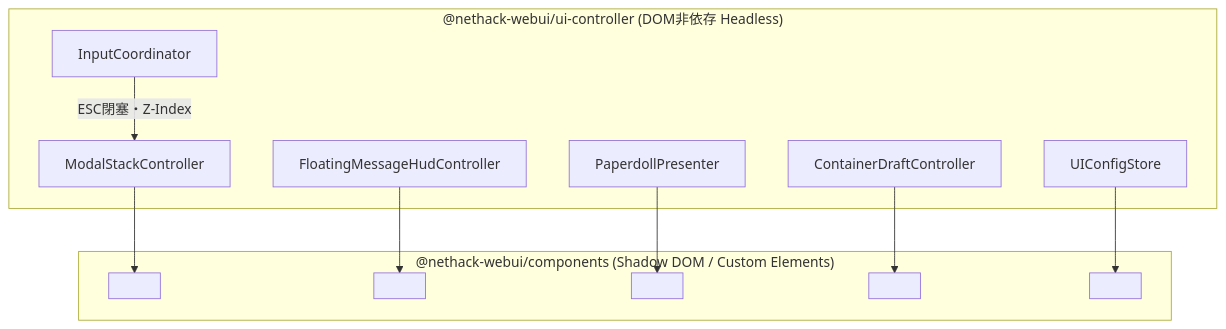
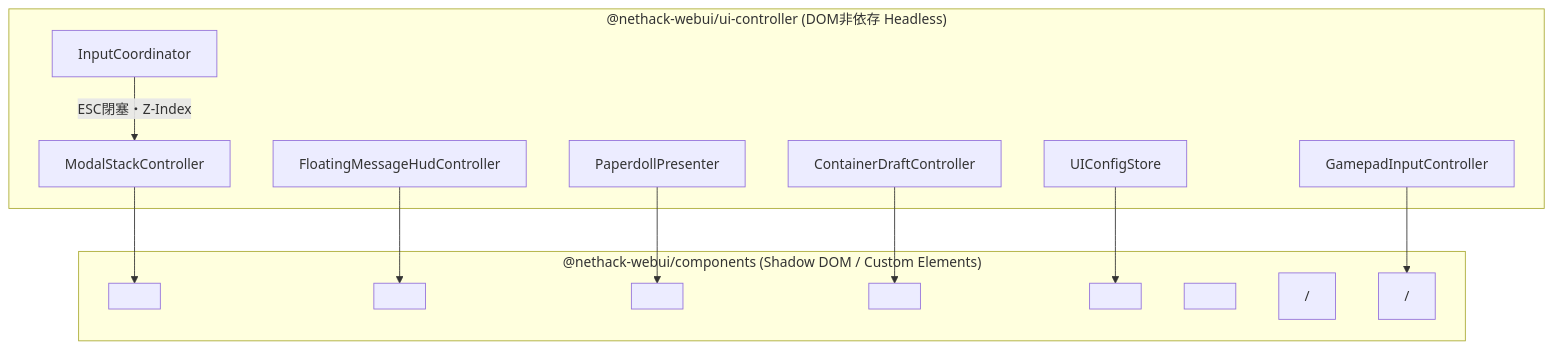
One commit to e3sh/Nethack-wasm-webUI changed the third of 4 diagrams in docs/SYSTEM_CAPABILITIES.md. Above: the diagram before and after it, drawn with Mermaid. The commit also changed other lines of this file and 57 other files, not shown here.

````diff
--- a/docs/SYSTEM_CAPABILITIES.md
+++ b/docs/SYSTEM_CAPABILITIES.md
@@ -216,26 +235,31 @@
 ```mermaid
 flowchart TD
     subgraph UIControllerLayer ["@nethack-webui/ui-controller (DOM非依存 Headless)"]
         IC[InputCoordinator]
         MSC[ModalStackController]
         UICS[UIConfigStore]
         FMHC[FloatingMessageHudController]
         PDP[PaperdollPresenter]
         CDC[ContainerDraftController]
+        GIC[GamepadInputController]
     end
 
     subgraph WebComponents ["@nethack-webui/components (Shadow DOM / Custom Elements)"]
         NhModal["<nh-modal>"]
         NhHud["<nh-floating-hud>"]
         NhDoll["<nh-paperdoll>"]
         NhFiler["<nh-container-filer>"]
         NhConfig["<nh-ui-config>"]
+        NhCard["<nh-knowledge-card>"]
+        NhCodex["<nh-discovery-codex> / <nh-codex-grid>"]
+        NhPad["<nh-radial-palette-hud> / <nh-shiren-inventory-drawer>"]
     end
 
     IC -->|ESC閉塞・Z-Index| MSC
     MSC --> NhModal
     FMHC --> NhHud
     PDP --> NhDoll
     CDC --> NhFiler
     UICS --> NhConfig
+    GIC --> NhPad
 ```
````
